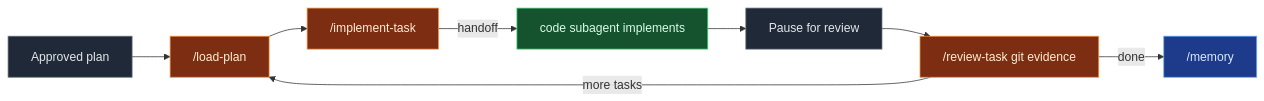
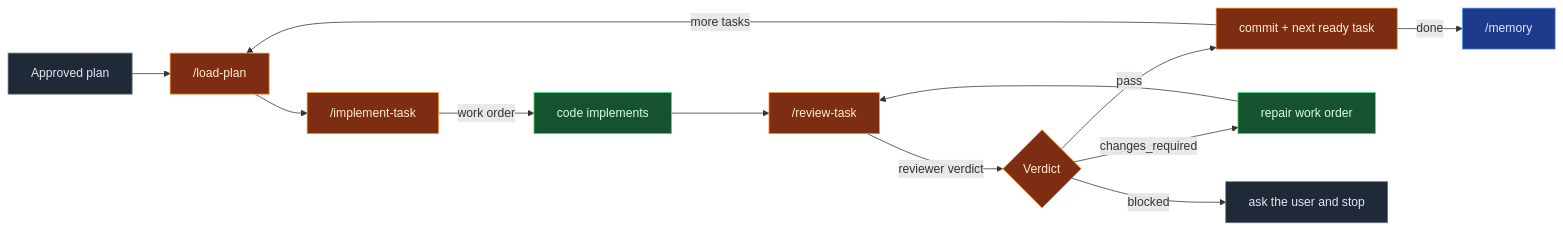
The sixth of 7 diagrams in README.md (Macacoders/wayforge), drawn with Mermaid before and after one commit. The commit also changed other lines of this file and 38 other files, not shown here.

````diff
--- a/README.md
+++ b/README.md
@@ -210,19 +269,23 @@
 ```mermaid
 flowchart LR
     A["Approved plan"] --> B["/load-plan"]
     B --> C["/implement-task"]
-    C -- "handoff" --> D["code subagent implements"]
-    D --> E["Pause for review"]
-    E --> F["/review-task git evidence"]
-    F -- "more tasks" --> B
-    F -- "done" --> G["/memory"]
+    C -- "work order" --> D["code implements"]
+    D --> E["/review-task"]
+    E -- "reviewer verdict" --> F{"Verdict"}
+    F -- "pass" --> G["commit + next ready task"]
+    F -- "changes_required" --> H["repair work order"] --> E
+    F -- "blocked" --> I["ask the user and stop"]
+    G -- "more tasks" --> B
+    G -- "done" --> J["/memory"]
 
     classDef user fill:#1f2937,stroke:#6b7280,color:#e5e7eb
     classDef delivery fill:#7c2d12,stroke:#fb923c,color:#ffedd5
     classDef code fill:#14532d,stroke:#4ade80,color:#dcfce7
+    classDef reviewer fill:#134e4a,stroke:#2dd4bf,color:#ccfbf1
     classDef planner fill:#1e3a8a,stroke:#60a5fa,color:#dbeafe
-    class A,E user
-    class B,C,F delivery
-    class D code
-    class G planner
+    class A,I user
+    class B,C,E,F,G delivery
+    class D,H code
+    class J planner
 ```
````
